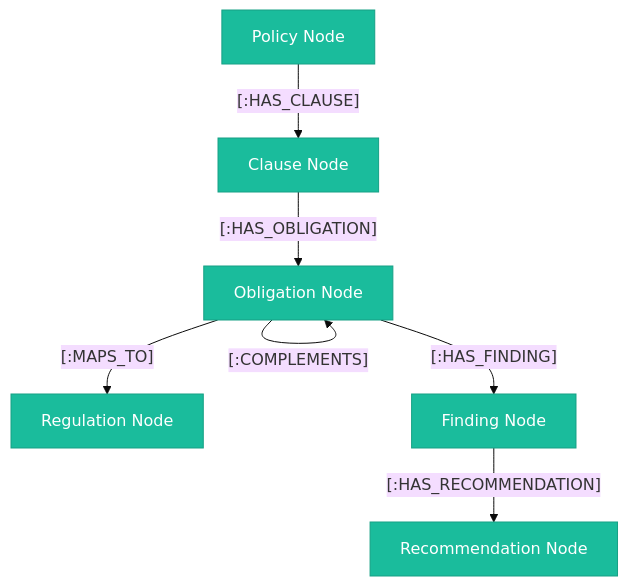
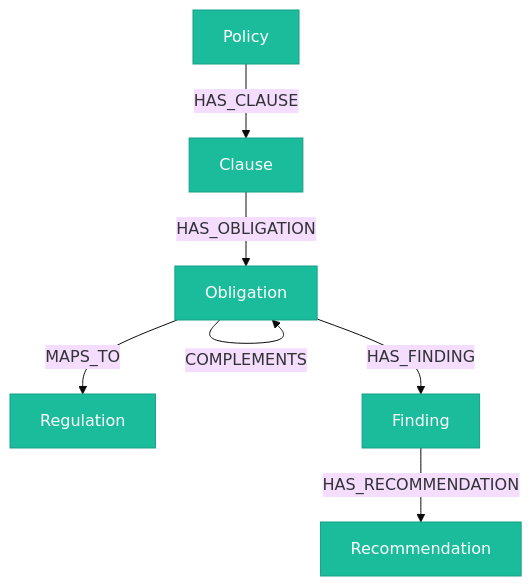
One commit to Sangamithraa077/PolicySentinel changed the third of 3 diagrams in README.md. Above: the diagram before and after it, drawn with Mermaid (base theme). The commit also changed other lines of this file and 27 other files, not shown here.

````diff
--- a/README.md
+++ b/README.md
@@ -199,21 +183,20 @@
 ```mermaid
 graph TD
     classDef node fill:#1abc9c,stroke:#16a085,color:#fff;
-    classDef rel stroke:#2c3e50,stroke-width:2px;
 
-    Policy["Policy Node"]:::node
-    Clause["Clause Node"]:::node
-    Obligation["Obligation Node"]:::node
-    Regulation["Regulation Node"]:::node
-    Finding["Finding Node"]:::node
-    Recommendation["Recommendation Node"]:::node
+    Policy["Policy"]:::node
+    Clause["Clause"]:::node
+    Obligation["Obligation"]:::node
+    Regulation["Regulation"]:::node
+    Finding["Finding"]:::node
+    Recommendation["Recommendation"]:::node
 
-    Policy -- "[:HAS_CLAUSE]" --> Clause
-    Clause -- "[:HAS_OBLIGATION]" --> Obligation
-    Obligation -- "[:MAPS_TO]" --> Regulation
-    Obligation -- "[:CONFLICTS_WITH (Temporal / Modality)]" --> Obligation
-    Obligation -- "[:REDUNDANT_WITH]" --> Obligation
-    Obligation -- "[:COMPLEMENTS]" --> Obligation
-    Obligation -- "[:HAS_FINDING]" --> Finding
-    Finding -- "[:HAS_RECOMMENDATION]" --> Recommendation
+    Policy -- "HAS_CLAUSE" --> Clause
+    Clause -- "HAS_OBLIGATION" --> Obligation
+    Obligation -- "MAPS_TO" --> Regulation
+    Obligation -- "CONFLICTS_WITH" --> Obligation
+    Obligation -- "REDUNDANT_WITH" --> Obligation
+    Obligation -- "COMPLEMENTS" --> Obligation
+    Obligation -- "HAS_FINDING" --> Finding
+    Finding -- "HAS_RECOMMENDATION" --> Recommendation
 ```
````
